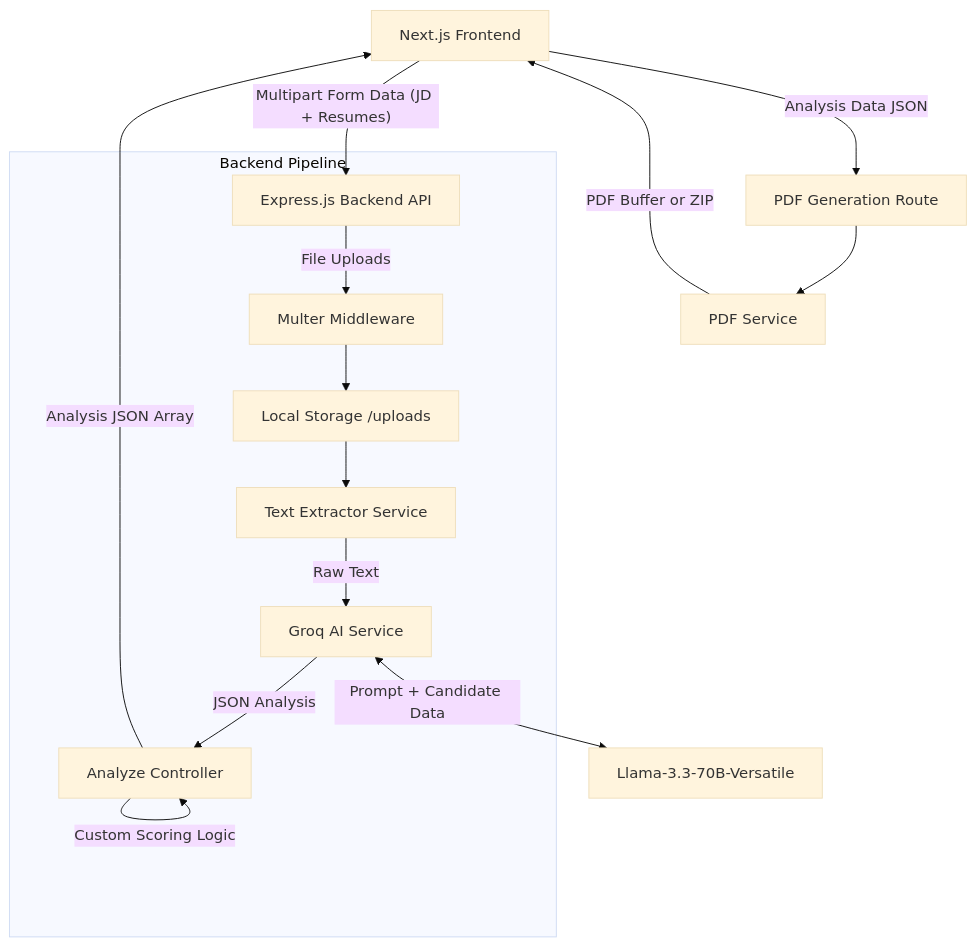
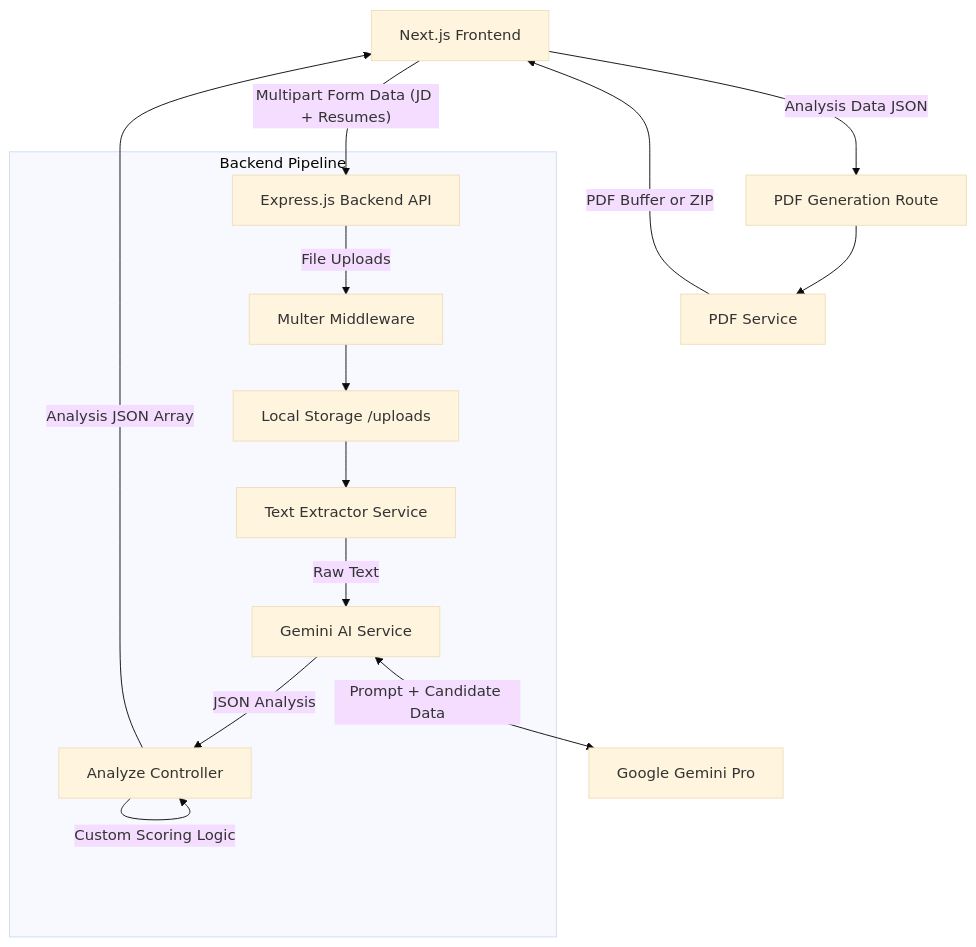
One commit to Saravanan2005real/AI-Powered-Resume-JD-analyzer changed the diagram in design.md. Above: the diagram before and after it, drawn with Mermaid (base theme). The commit also changed other lines of this file and 18 other files, not shown here.

````diff
--- a/design.md
+++ b/design.md
@@ -7,21 +7,21 @@
 ```mermaid
 graph TD
     Client["Next.js Frontend"] -->|"Multipart Form Data (JD + Resumes)"| API["Express.js Backend API"]
     
     subgraph Backend Pipeline
         API -->|"File Uploads"| Multer["Multer Middleware"]
         Multer --> Storage["Local Storage /uploads"]
         Storage --> TextExt["Text Extractor Service"]
-        TextExt -->|"Raw Text"| Groq["Groq AI Service"]
-        Groq -->|"JSON Analysis"| Controller["Analyze Controller"]
+        TextExt -->|"Raw Text"| Gemini["Gemini AI Service"]
+        Gemini -->|"JSON Analysis"| Controller["Analyze Controller"]
         Controller -->|"Custom Scoring Logic"| Controller
     end
     
-    Groq <-->|"Prompt + Candidate Data"| Llama3["Llama-3.3-70B-Versatile"]
+    Gemini <-->|"Prompt + Candidate Data"| LLM["Google Gemini Pro"]
     
     Controller -->|"Analysis JSON Array"| Client
     
     Client -->|"Analysis Data JSON"| PDFRoute["PDF Generation Route"]
     PDFRoute --> PDFService["PDF Service"]
     PDFService -->|"PDF Buffer or ZIP"| Client
 ```
````
